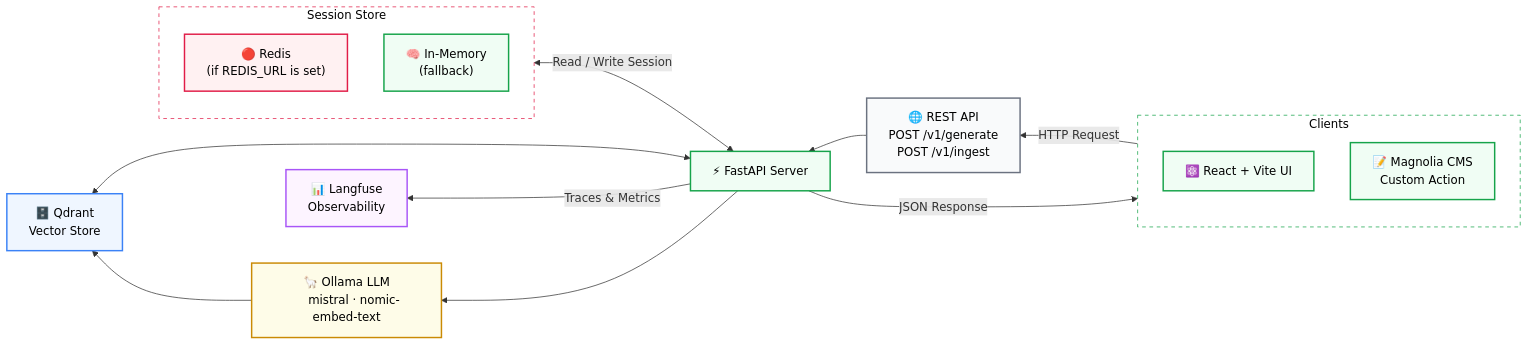
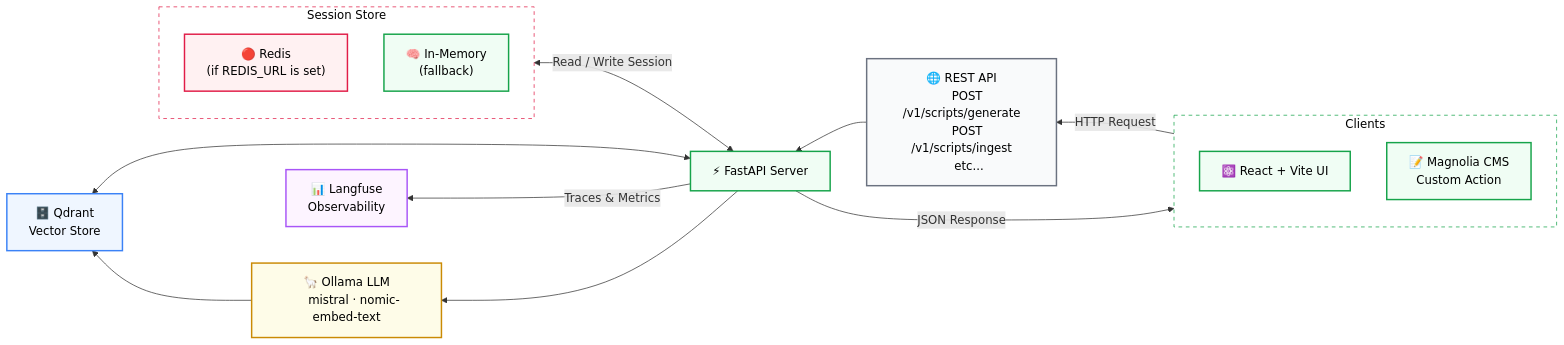
Before and after one commit to kirkalyn13/mgnl-groovy-generator: the first of 2 diagrams in README.md, drawn with Mermaid. The commit also changed other lines of this file, not shown here.

````diff
--- a/README.md
+++ b/README.md
@@ -51,44 +51,45 @@
 ```mermaid
 flowchart RL
 
     subgraph CLIENTS["Clients"]
         direction TB
         REACT["⚛️   React + Vite UI"]
         MAGNOLIA["📝 Magnolia CMS
         Custom Action"]
     end
 
     subgraph SESSION["Session Store"]
         direction TB
         REDIS["🔴 Redis
         (if REDIS_URL is set)"]
         MEMORY["🧠 In-Memory
         (fallback)"]
     end
 
     CLIENTS -->|"HTTP Request"| REST["🌐 REST API
-    POST /v1/generate
-    POST /v1/ingest"]
+    POST /v1/scripts/generate
+    POST /v1/scripts/ingest"
+    etc...]
     REST --> FASTAPI["⚡ FastAPI Server"]
     FASTAPI --> OLLAMA["🦙 Ollama LLM
     mistral · nomic-embed-text"]
     FASTAPI <--> QDRANT["🗄️ Qdrant
     Vector Store"]
     OLLAMA --> QDRANT
     FASTAPI -->|"JSON Response"| CLIENTS
     FASTAPI -->|"Traces & Metrics"| LANGFUSE["📊 Langfuse
     Observability"]
     FASTAPI <-->|"Read / Write Session"| SESSION
 
     style REACT fill:#f0fdf4,stroke:#16a34a,stroke-width:2px,color:#000000
     style MAGNOLIA fill:#f0fdf4,stroke:#16a34a,stroke-width:2px,color:#000000
     style CLIENTS fill:#ffffff,stroke:#16a34a,stroke-width:1px,stroke-dasharray:5,color:#000000
     style REST fill:#f9fafb,stroke:#6b7280,stroke-width:2px,color:#000000
     style FASTAPI fill:#f0fdf4,stroke:#16a34a,stroke-width:2px,color:#000000
     style OLLAMA fill:#fefce8,stroke:#ca8a04,stroke-width:2px,color:#000000
     style QDRANT fill:#eff6ff,stroke:#3b82f6,stroke-width:2px,color:#000000
     style LANGFUSE fill:#fdf4ff,stroke:#a855f7,stroke-width:2px,color:#000000
     style REDIS fill:#fff1f2,stroke:#e11d48,stroke-width:2px,color:#000000
     style MEMORY fill:#f0fdf4,stroke:#16a34a,stroke-width:2px,color:#000000
     style SESSION fill:#ffffff,stroke:#e11d48,stroke-width:1px,stroke-dasharray:5,color:#000000
 ```
````
